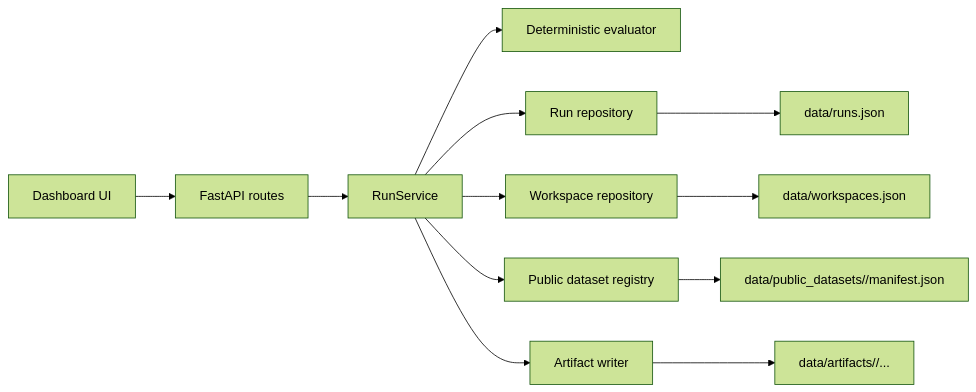
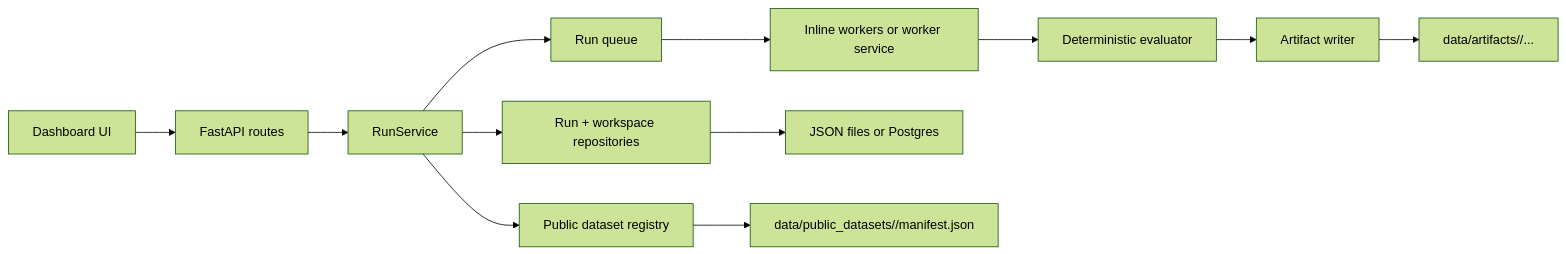
One commit to fatimmajumder/re-amp-audio-eval changed the diagram in README.md. Above: the diagram before and after it, drawn with Mermaid (forest theme). The commit also changed other lines of this file and 17 other files, not shown here.

Commit message:
Add async workers and Postgres deployment stack

````diff
--- a/README.md
+++ b/README.md
@@ -65,14 +71,14 @@
 ```mermaid
 flowchart LR
     A["Dashboard UI"] --> B["FastAPI routes"]
     B --> C["RunService"]
-    C --> D["Deterministic evaluator"]
-    C --> E["Run repository"]
-    C --> F["Workspace repository"]
-    C --> G["Public dataset registry"]
-    C --> H["Artifact writer"]
-    E --> I["data/runs.json"]
-    F --> J["data/workspaces.json"]
-    G --> K["data/public_datasets/<dataset_id>/manifest.json"]
-    H --> L["data/artifacts/<run_id>/..."]
+    C --> D["Run queue"]
+    D --> E["Inline workers or worker service"]
+    E --> F["Deterministic evaluator"]
+    F --> G["Artifact writer"]
+    C --> H["Run + workspace repositories"]
+    H --> I["JSON files or Postgres"]
+    C --> J["Public dataset registry"]
+    J --> K["data/public_datasets/<dataset_id>/manifest.json"]
+    G --> L["data/artifacts/<run_id>/..."]
 ```
````
